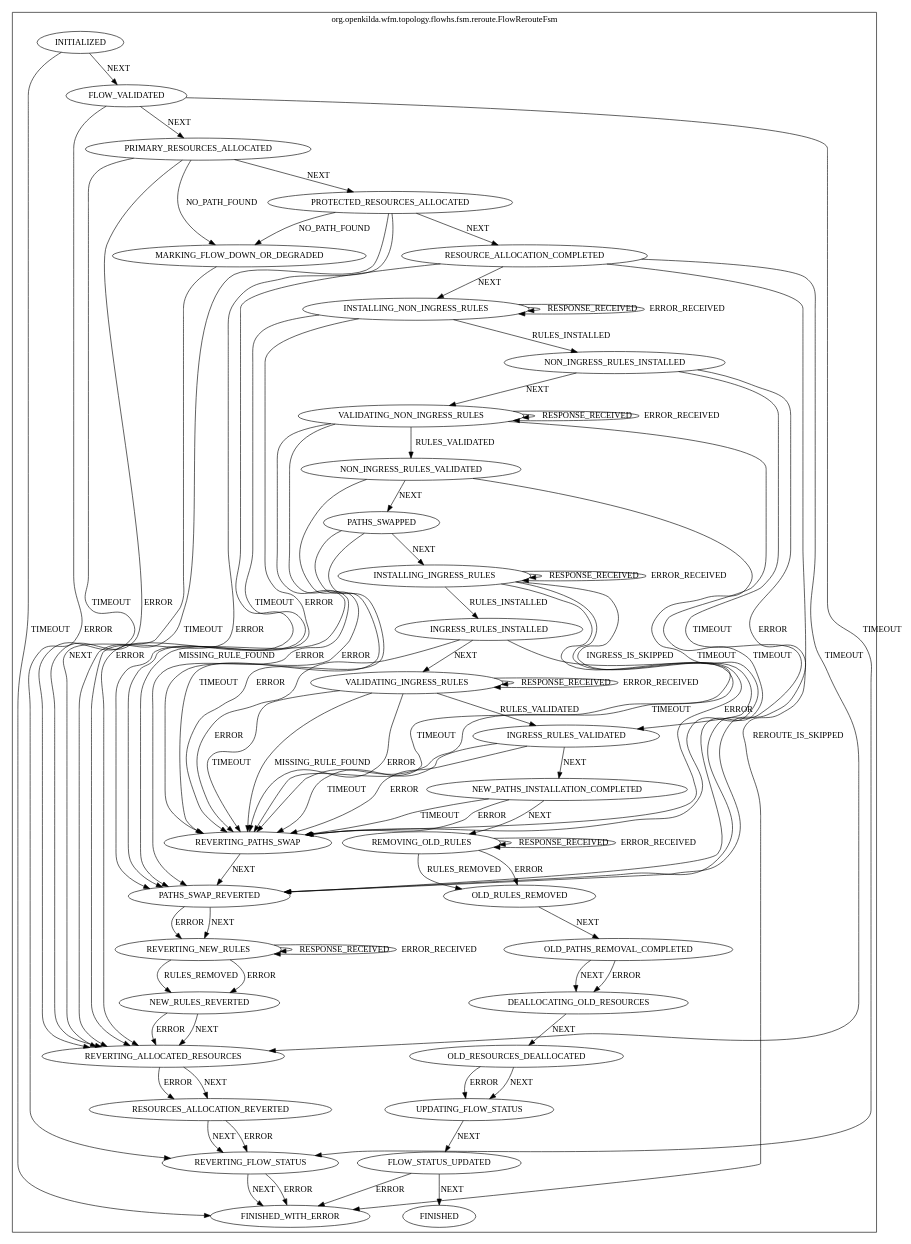
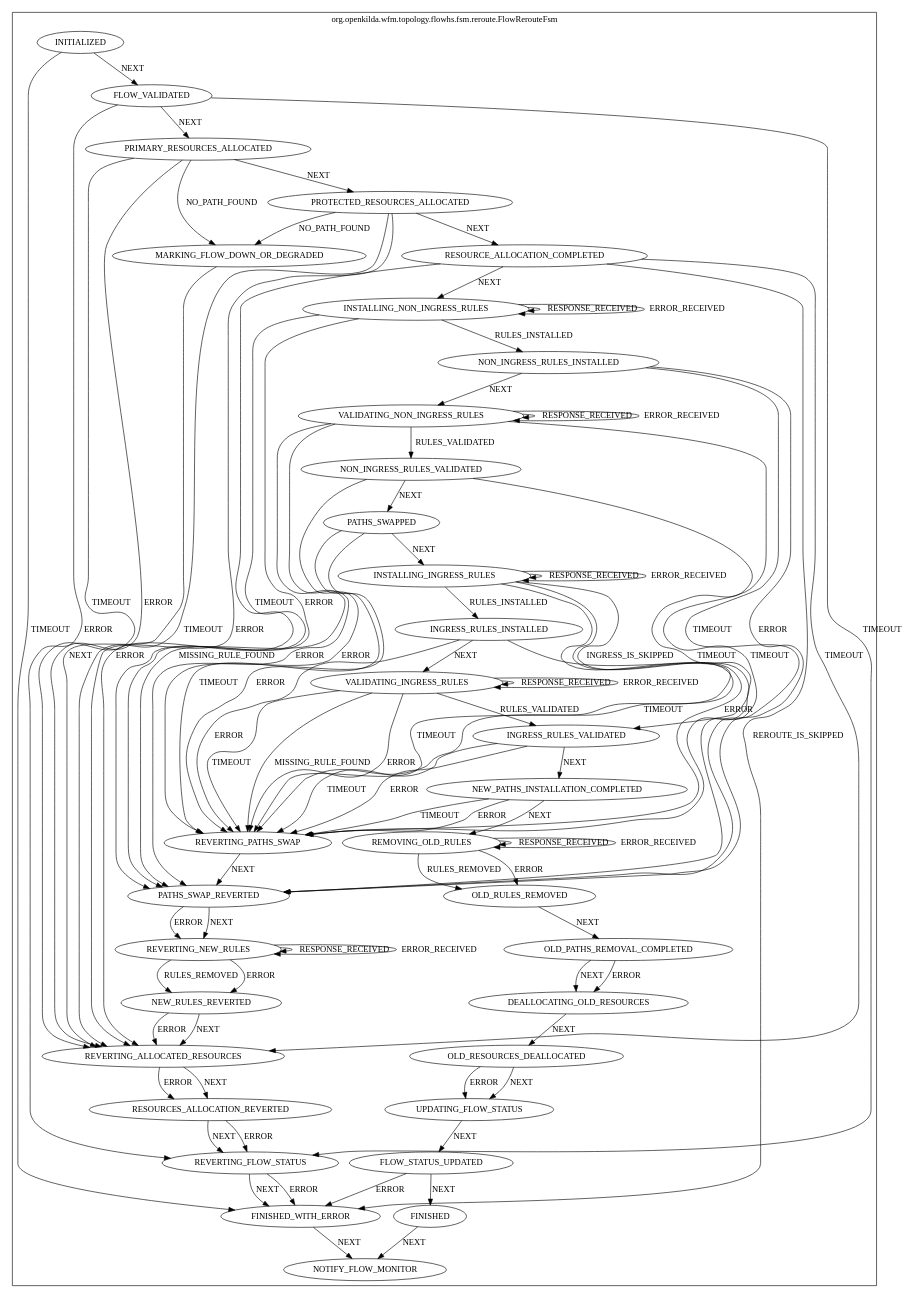
Before and after one commit to telstra/open-kilda: the diagram in docs/design/hub-and-spoke/reroute/flow-reroute-fsm.dot, drawn with Graphviz. The commit also changed 16 other files, not shown here.

Commit message:
Add design for flow SLA monitoring

```diff
--- a/docs/design/hub-and-spoke/reroute/flow-reroute-fsm.dot
+++ b/docs/design/hub-and-spoke/reroute/flow-reroute-fsm.dot
@@ -1,124 +1,127 @@
 digraph {
 compound=true;
 subgraph cluster_StateMachine {
 label="org.openkilda.wfm.topology.flowhs.fsm.reroute.FlowRerouteFsm";
 INSTALLING_NON_INGRESS_RULES [label="INSTALLING_NON_INGRESS_RULES"];
 INGRESS_RULES_VALIDATED [label="INGRESS_RULES_VALIDATED"];
 DEALLOCATING_OLD_RESOURCES [label="DEALLOCATING_OLD_RESOURCES"];
 INSTALLING_INGRESS_RULES [label="INSTALLING_INGRESS_RULES"];
 VALIDATING_INGRESS_RULES [label="VALIDATING_INGRESS_RULES"];
 FINISHED_WITH_ERROR [label="FINISHED_WITH_ERROR"];
 INGRESS_RULES_INSTALLED [label="INGRESS_RULES_INSTALLED"];
 FINISHED [label="FINISHED"];
+NOTIFY_FLOW_MONITOR [label="NOTIFY_FLOW_MONITOR"];
 INITIALIZED [label="INITIALIZED"];
 REVERTING_FLOW_STATUS [label="REVERTING_FLOW_STATUS"];
 OLD_PATHS_REMOVAL_COMPLETED [label="OLD_PATHS_REMOVAL_COMPLETED"];
 FLOW_VALIDATED [label="FLOW_VALIDATED"];
 NEW_PATHS_INSTALLATION_COMPLETED [label="NEW_PATHS_INSTALLATION_COMPLETED"];
 NON_INGRESS_RULES_VALIDATED [label="NON_INGRESS_RULES_VALIDATED"];
 NEW_RULES_REVERTED [label="NEW_RULES_REVERTED"];
 RESOURCE_ALLOCATION_COMPLETED [label="RESOURCE_ALLOCATION_COMPLETED"];
 NON_INGRESS_RULES_INSTALLED [label="NON_INGRESS_RULES_INSTALLED"];
 UPDATING_FLOW_STATUS [label="UPDATING_FLOW_STATUS"];
 RESOURCES_ALLOCATION_REVERTED [label="RESOURCES_ALLOCATION_REVERTED"];
 PATHS_SWAPPED [label="PATHS_SWAPPED"];
 OLD_RESOURCES_DEALLOCATED [label="OLD_RESOURCES_DEALLOCATED"];
 FLOW_STATUS_UPDATED [label="FLOW_STATUS_UPDATED"];
 MARKING_FLOW_DOWN_OR_DEGRADED [label="MARKING_FLOW_DOWN_OR_DEGRADED"];
 PROTECTED_RESOURCES_ALLOCATED [label="PROTECTED_RESOURCES_ALLOCATED"];
 REVERTING_ALLOCATED_RESOURCES [label="REVERTING_ALLOCATED_RESOURCES"];
 VALIDATING_NON_INGRESS_RULES [label="VALIDATING_NON_INGRESS_RULES"];
 REVERTING_PATHS_SWAP [label="REVERTING_PATHS_SWAP"];
 OLD_RULES_REMOVED [label="OLD_RULES_REMOVED"];
 REVERTING_NEW_RULES [label="REVERTING_NEW_RULES"];
 REMOVING_OLD_RULES [label="REMOVING_OLD_RULES"];
 PATHS_SWAP_REVERTED [label="PATHS_SWAP_REVERTED"];
 PRIMARY_RESOURCES_ALLOCATED [label="PRIMARY_RESOURCES_ALLOCATED"];
 
 INSTALLING_NON_INGRESS_RULES -> INSTALLING_NON_INGRESS_RULES [ label="RESPONSE_RECEIVED"];
 INSTALLING_NON_INGRESS_RULES -> INSTALLING_NON_INGRESS_RULES [ label="ERROR_RECEIVED"];
 INSTALLING_NON_INGRESS_RULES -> NON_INGRESS_RULES_INSTALLED [ label="RULES_INSTALLED"];
 INSTALLING_NON_INGRESS_RULES -> PATHS_SWAP_REVERTED [ label="TIMEOUT"];
 INSTALLING_NON_INGRESS_RULES -> PATHS_SWAP_REVERTED [ label="ERROR"];
 INGRESS_RULES_VALIDATED -> NEW_PATHS_INSTALLATION_COMPLETED [ label="NEXT"];
 INGRESS_RULES_VALIDATED -> REVERTING_PATHS_SWAP [ label="TIMEOUT"];
 INGRESS_RULES_VALIDATED -> REVERTING_PATHS_SWAP [ label="ERROR"];
 DEALLOCATING_OLD_RESOURCES -> OLD_RESOURCES_DEALLOCATED [ label="NEXT"];
 INSTALLING_INGRESS_RULES -> INSTALLING_INGRESS_RULES [ label="RESPONSE_RECEIVED"];
 INSTALLING_INGRESS_RULES -> INSTALLING_INGRESS_RULES [ label="ERROR_RECEIVED"];
 INSTALLING_INGRESS_RULES -> INGRESS_RULES_INSTALLED [ label="RULES_INSTALLED"];
 INSTALLING_INGRESS_RULES -> INGRESS_RULES_VALIDATED [ label="INGRESS_IS_SKIPPED"];
 INSTALLING_INGRESS_RULES -> REVERTING_PATHS_SWAP [ label="TIMEOUT"];
 INSTALLING_INGRESS_RULES -> REVERTING_PATHS_SWAP [ label="ERROR"];
 VALIDATING_INGRESS_RULES -> VALIDATING_INGRESS_RULES [ label="RESPONSE_RECEIVED"];
 VALIDATING_INGRESS_RULES -> VALIDATING_INGRESS_RULES [ label="ERROR_RECEIVED"];
 VALIDATING_INGRESS_RULES -> INGRESS_RULES_VALIDATED [ label="RULES_VALIDATED"];
 VALIDATING_INGRESS_RULES -> REVERTING_PATHS_SWAP [ label="TIMEOUT"];
 VALIDATING_INGRESS_RULES -> REVERTING_PATHS_SWAP [ label="MISSING_RULE_FOUND"];
 VALIDATING_INGRESS_RULES -> REVERTING_PATHS_SWAP [ label="ERROR"];
 INGRESS_RULES_INSTALLED -> VALIDATING_INGRESS_RULES [ label="NEXT"];
 INGRESS_RULES_INSTALLED -> REVERTING_PATHS_SWAP [ label="TIMEOUT"];
 INGRESS_RULES_INSTALLED -> REVERTING_PATHS_SWAP [ label="ERROR"];
 INITIALIZED -> FLOW_VALIDATED [ label="NEXT"];
 INITIALIZED -> FINISHED_WITH_ERROR [ label="TIMEOUT"];
 REVERTING_FLOW_STATUS -> FINISHED_WITH_ERROR [ label="NEXT"];
 REVERTING_FLOW_STATUS -> FINISHED_WITH_ERROR [ label="ERROR"];
 OLD_PATHS_REMOVAL_COMPLETED -> DEALLOCATING_OLD_RESOURCES [ label="NEXT"];
 OLD_PATHS_REMOVAL_COMPLETED -> DEALLOCATING_OLD_RESOURCES [ label="ERROR"];
 FLOW_VALIDATED -> PRIMARY_RESOURCES_ALLOCATED [ label="NEXT"];
 FLOW_VALIDATED -> REVERTING_FLOW_STATUS [ label="TIMEOUT"];
 FLOW_VALIDATED -> REVERTING_FLOW_STATUS [ label="ERROR"];
 NEW_PATHS_INSTALLATION_COMPLETED -> REMOVING_OLD_RULES [ label="NEXT"];
 NEW_PATHS_INSTALLATION_COMPLETED -> REVERTING_PATHS_SWAP [ label="TIMEOUT"];
 NEW_PATHS_INSTALLATION_COMPLETED -> REVERTING_PATHS_SWAP [ label="ERROR"];
 NON_INGRESS_RULES_VALIDATED -> PATHS_SWAPPED [ label="NEXT"];
 NON_INGRESS_RULES_VALIDATED -> REVERTING_PATHS_SWAP [ label="TIMEOUT"];
 NON_INGRESS_RULES_VALIDATED -> REVERTING_PATHS_SWAP [ label="ERROR"];
 NEW_RULES_REVERTED -> REVERTING_ALLOCATED_RESOURCES [ label="NEXT"];
 NEW_RULES_REVERTED -> REVERTING_ALLOCATED_RESOURCES [ label="ERROR"];
 RESOURCE_ALLOCATION_COMPLETED -> INSTALLING_NON_INGRESS_RULES [ label="NEXT"];
 RESOURCE_ALLOCATION_COMPLETED -> FINISHED_WITH_ERROR [ label="REROUTE_IS_SKIPPED"];
 RESOURCE_ALLOCATION_COMPLETED -> REVERTING_ALLOCATED_RESOURCES [ label="TIMEOUT"];
 RESOURCE_ALLOCATION_COMPLETED -> REVERTING_ALLOCATED_RESOURCES [ label="ERROR"];
 NON_INGRESS_RULES_INSTALLED -> VALIDATING_NON_INGRESS_RULES [ label="NEXT"];
 NON_INGRESS_RULES_INSTALLED -> PATHS_SWAP_REVERTED [ label="TIMEOUT"];
 NON_INGRESS_RULES_INSTALLED -> PATHS_SWAP_REVERTED [ label="ERROR"];
 UPDATING_FLOW_STATUS -> FLOW_STATUS_UPDATED [ label="NEXT"];
 RESOURCES_ALLOCATION_REVERTED -> REVERTING_FLOW_STATUS [ label="NEXT"];
 RESOURCES_ALLOCATION_REVERTED -> REVERTING_FLOW_STATUS [ label="ERROR"];
 PATHS_SWAPPED -> INSTALLING_INGRESS_RULES [ label="NEXT"];
 PATHS_SWAPPED -> REVERTING_PATHS_SWAP [ label="TIMEOUT"];
 PATHS_SWAPPED -> REVERTING_PATHS_SWAP [ label="ERROR"];
 OLD_RESOURCES_DEALLOCATED -> UPDATING_FLOW_STATUS [ label="NEXT"];
 OLD_RESOURCES_DEALLOCATED -> UPDATING_FLOW_STATUS [ label="ERROR"];
 FLOW_STATUS_UPDATED -> FINISHED [ label="NEXT"];
+FINISHED -> NOTIFY_FLOW_MONITOR [ label="NEXT"];
 FLOW_STATUS_UPDATED -> FINISHED_WITH_ERROR [ label="ERROR"];
+FINISHED_WITH_ERROR -> NOTIFY_FLOW_MONITOR [ label="NEXT"];
 MARKING_FLOW_DOWN_OR_DEGRADED -> REVERTING_ALLOCATED_RESOURCES [ label="NEXT"];
 PROTECTED_RESOURCES_ALLOCATED -> RESOURCE_ALLOCATION_COMPLETED [ label="NEXT"];
 PROTECTED_RESOURCES_ALLOCATED -> MARKING_FLOW_DOWN_OR_DEGRADED [ label="NO_PATH_FOUND"];
 PROTECTED_RESOURCES_ALLOCATED -> REVERTING_ALLOCATED_RESOURCES [ label="TIMEOUT"];
 PROTECTED_RESOURCES_ALLOCATED -> REVERTING_ALLOCATED_RESOURCES [ label="ERROR"];
 REVERTING_ALLOCATED_RESOURCES -> RESOURCES_ALLOCATION_REVERTED [ label="NEXT"];
 REVERTING_ALLOCATED_RESOURCES -> RESOURCES_ALLOCATION_REVERTED [ label="ERROR"];
 VALIDATING_NON_INGRESS_RULES -> VALIDATING_NON_INGRESS_RULES [ label="RESPONSE_RECEIVED"];
 VALIDATING_NON_INGRESS_RULES -> VALIDATING_NON_INGRESS_RULES [ label="ERROR_RECEIVED"];
 VALIDATING_NON_INGRESS_RULES -> NON_INGRESS_RULES_VALIDATED [ label="RULES_VALIDATED"];
 VALIDATING_NON_INGRESS_RULES -> PATHS_SWAP_REVERTED [ label="TIMEOUT"];
 VALIDATING_NON_INGRESS_RULES -> PATHS_SWAP_REVERTED [ label="MISSING_RULE_FOUND"];
 VALIDATING_NON_INGRESS_RULES -> PATHS_SWAP_REVERTED [ label="ERROR"];
 REVERTING_PATHS_SWAP -> PATHS_SWAP_REVERTED [ label="NEXT"];
 OLD_RULES_REMOVED -> OLD_PATHS_REMOVAL_COMPLETED [ label="NEXT"];
 REVERTING_NEW_RULES -> REVERTING_NEW_RULES [ label="RESPONSE_RECEIVED"];
 REVERTING_NEW_RULES -> REVERTING_NEW_RULES [ label="ERROR_RECEIVED"];
 REVERTING_NEW_RULES -> NEW_RULES_REVERTED [ label="RULES_REMOVED"];
 REVERTING_NEW_RULES -> NEW_RULES_REVERTED [ label="ERROR"];
 REMOVING_OLD_RULES -> REMOVING_OLD_RULES [ label="RESPONSE_RECEIVED"];
 REMOVING_OLD_RULES -> REMOVING_OLD_RULES [ label="ERROR_RECEIVED"];
 REMOVING_OLD_RULES -> OLD_RULES_REMOVED [ label="RULES_REMOVED"];
 REMOVING_OLD_RULES -> OLD_RULES_REMOVED [ label="ERROR"];
 PATHS_SWAP_REVERTED -> REVERTING_NEW_RULES [ label="NEXT"];
 PATHS_SWAP_REVERTED -> REVERTING_NEW_RULES [ label="ERROR"];
 PRIMARY_RESOURCES_ALLOCATED -> PROTECTED_RESOURCES_ALLOCATED [ label="NEXT"];
 PRIMARY_RESOURCES_ALLOCATED -> MARKING_FLOW_DOWN_OR_DEGRADED [ label="NO_PATH_FOUND"];
 PRIMARY_RESOURCES_ALLOCATED -> REVERTING_ALLOCATED_RESOURCES [ label="TIMEOUT"];
 PRIMARY_RESOURCES_ALLOCATED -> REVERTING_ALLOCATED_RESOURCES [ label="ERROR"];}}
```
